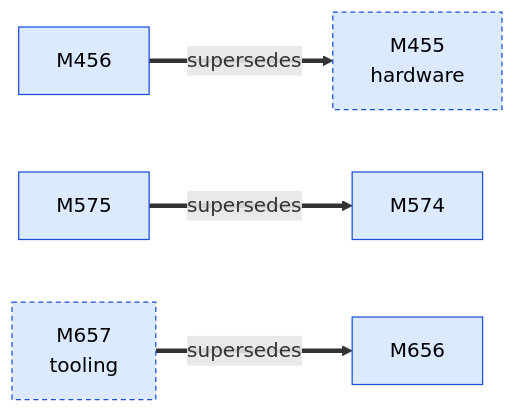
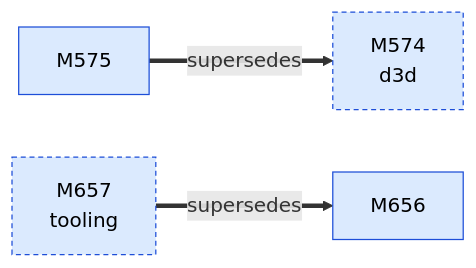
Before and after one commit to D-Ogi/amdgpu-wddm: the first of 2 diagrams in docs/facts/graphs/display.md, drawn with Mermaid. The commit also changed other lines of this file and 25 other files, not shown here.

````diff
--- a/docs/facts/graphs/display.md
+++ b/docs/facts/graphs/display.md
@@ -11,18 +11,15 @@
 ```mermaid
 flowchart LR
-  M455["M455<br/>hardware"]:::MEASURED
-  M456["M456"]:::MEASURED
-  M574["M574"]:::MEASURED
+  M574["M574<br/>d3d"]:::MEASURED
   M575["M575"]:::MEASURED
   M656["M656"]:::MEASURED
   M657["M657<br/>tooling"]:::MEASURED
-  M456 ==>|supersedes| M455
   M575 ==>|supersedes| M574
   M657 ==>|supersedes| M656
   classDef HYPOTHESIS fill:#fff3c4,stroke:#9a7b00,color:#000
   classDef MEASURED fill:#dbeafe,stroke:#1d4ed8,color:#000
   classDef CONFIRMED fill:#d1fae5,stroke:#047857,color:#000
   classDef REFUTED fill:#fee2e2,stroke:#b91c1c,color:#000
   classDef other stroke-dasharray:4 3
-  class M455,M657 other
+  class M574,M657 other
 ```
````
